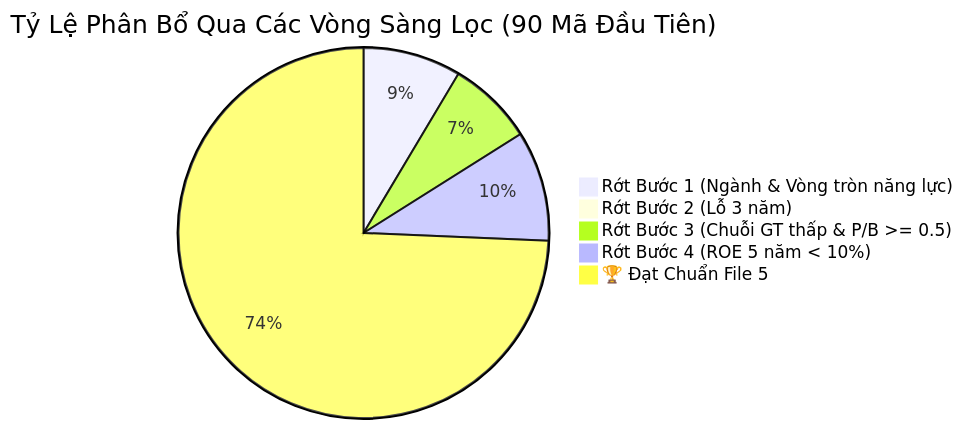
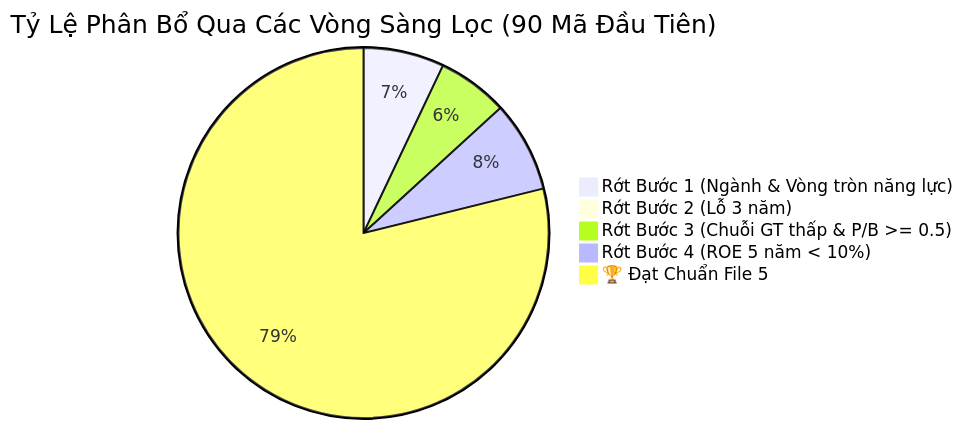
One commit to lenhan1102/pdf-analyzer changed the diagram in screenings/screening_dashboard.md. Above: the diagram before and after it, drawn with Mermaid. The commit also changed other lines of this file and 8 other files, not shown here.

````diff
--- a/screenings/screening_dashboard.md
+++ b/screenings/screening_dashboard.md
@@ -9,8 +9,8 @@
 ```mermaid
 pie title Tỷ Lệ Phân Bổ Qua Các Vòng Sàng Lọc (90 Mã Đầu Tiên)
     "Rớt Bước 1 (Ngành & Vòng tròn năng lực)" : 16
     "Rớt Bước 2 (Lỗ 3 năm)" : 1
     "Rớt Bước 3 (Chuỗi GT thấp & P/B >= 0.5)" : 14
     "Rớt Bước 4 (ROE 5 năm < 10%)" : 18
-    "🏆 Đạt Chuẩn File 5" : 139
+    "🏆 Đạt Chuẩn File 5" : 179
 ```
````
